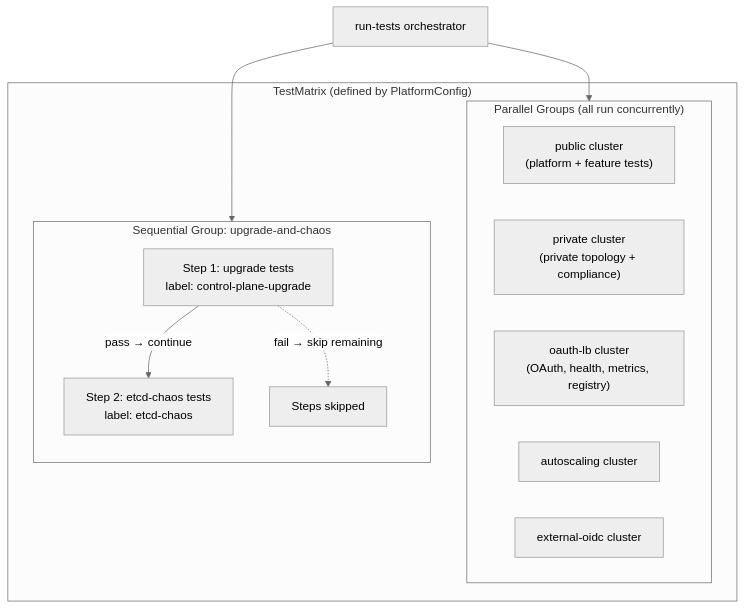
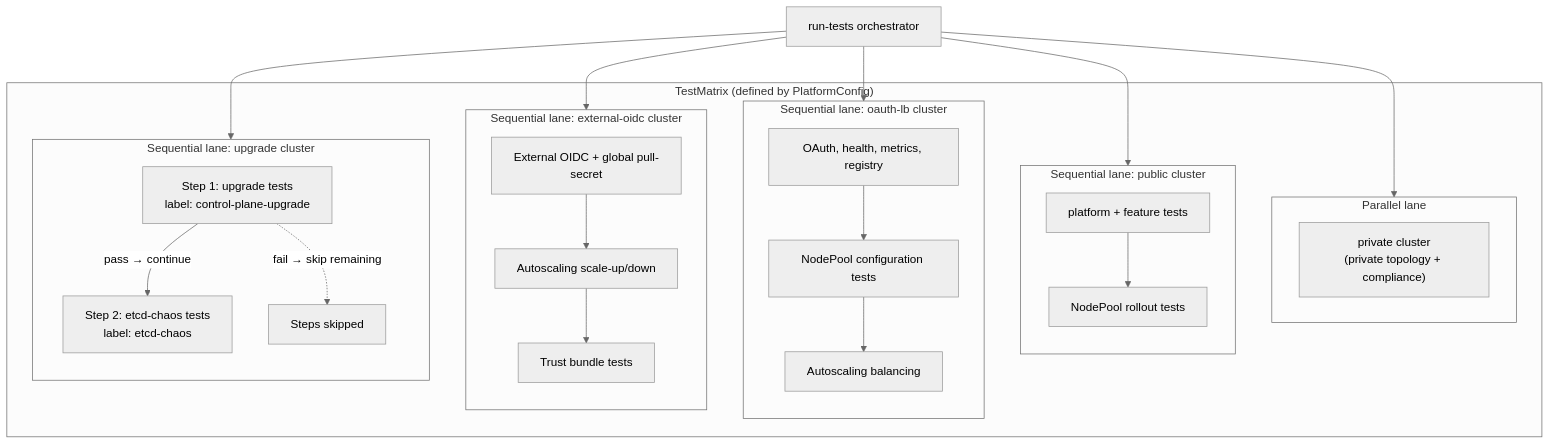
Before and after one commit to openshift/hypershift: the third of 4 diagrams in docs/content/how-to/ci/v2-testing/test-flow.md, drawn with Mermaid (neutral theme). The commit also changed other lines of this file and 2 other files, not shown here.

First line of the commit message:
docs: document Azure lifecycle lane consolidation

````diff
--- a/docs/content/how-to/ci/v2-testing/test-flow.md
+++ b/docs/content/how-to/ci/v2-testing/test-flow.md
@@ -285,24 +283,46 @@
 ```mermaid
 flowchart TD
     subgraph TestMatrix["TestMatrix (defined by PlatformConfig)"]
-        subgraph Parallel["Parallel Groups (all run concurrently)"]
-            P1["public cluster<br/>(platform + feature tests)"]
-            P2["private cluster<br/>(private topology + compliance)"]
-            P3["oauth-lb cluster<br/>(OAuth, health, metrics, registry)"]
-            P4["autoscaling cluster"]
-            P5["external-oidc cluster"]
+        subgraph Parallel["Parallel lane"]
+            P1["private cluster<br/>(private topology + compliance)"]
         end
 
-        subgraph Sequential["Sequential Group: upgrade-and-chaos"]
+        subgraph Public["Sequential lane: public cluster"]
+            direction TB
+            PUB1["platform + feature tests"]
+            PUB2["NodePool rollout tests"]
+            PUB1 --> PUB2
+        end
+
+        subgraph OAuth["Sequential lane: oauth-lb cluster"]
+            direction TB
+            OAUTH1["OAuth, health, metrics, registry"]
+            OAUTH2["NodePool configuration tests"]
+            OAUTH3["Autoscaling balancing"]
+            OAUTH1 --> OAUTH2 --> OAUTH3
+        end
+
+        subgraph OIDC["Sequential lane: external-oidc cluster"]
+            direction TB
+            OIDC1["External OIDC + global pull-secret"]
+            OIDC2["Autoscaling scale-up/down"]
+            OIDC3["Trust bundle tests"]
+            OIDC1 --> OIDC2 --> OIDC3
+        end
+
+        subgraph Sequential["Sequential lane: upgrade cluster"]
             direction TB
             S1["Step 1: upgrade tests<br/>label: control-plane-upgrade"]
             S2["Step 2: etcd-chaos tests<br/>label: etcd-chaos"]
             S1 -->|"pass → continue"| S2
             S1 -.->|"fail → skip remaining"| SKIP["Steps skipped"]
         end
     end
 
     RT["run-tests orchestrator"] --> Parallel
+    RT --> Public
+    RT --> OAuth
+    RT --> OIDC
     RT --> Sequential
 
 ```
````
